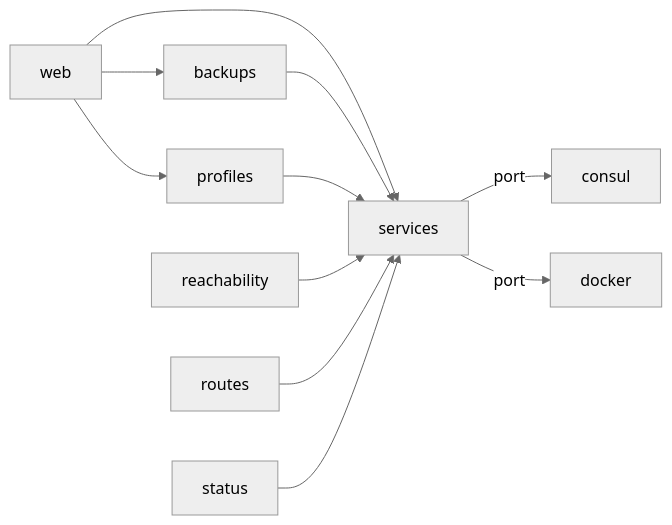
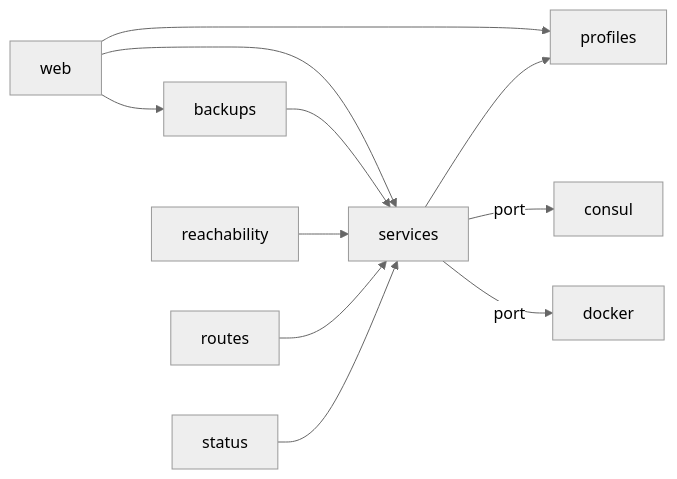
The third of 4 diagrams in docs/design.md (ppalazon/lvh-yard), drawn with Mermaid (neutral theme) before and after one commit. The commit also changed other lines of this file and 32 other files, not shown here.

````diff
--- a/docs/design.md
+++ b/docs/design.md
@@ -162,13 +175,13 @@
 ```mermaid
 flowchart LR
     web --> services
     web --> backups
     web --> profiles
     backups --> services
-    profiles --> services
+    services --> profiles
     reachability --> services
     routes --> services
     status --> services
     services -- port --> consul
     services -- port --> docker
 ```
````
